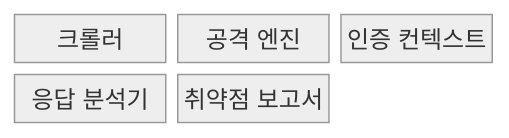
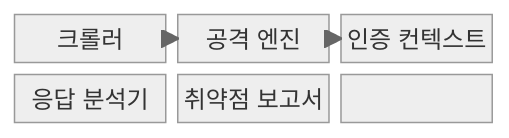
Before and after one commit to agnusdei1207/knowledge-base: the first of 2 diagrams in src/content/docs/notes/03-software/068_dynamic_application_security_testing.md, drawn with Mermaid (neutral theme). The commit also changed other lines of this file and 20 other files, not shown here.

````diff
--- a/src/content/docs/notes/03-software/068_dynamic_application_security_testing.md
+++ b/src/content/docs/notes/03-software/068_dynamic_application_security_testing.md
@@ -55,9 +63,12 @@
 ```mermaid
-block-beta
+block
   columns 3
   C["크롤러"]
   A["공격 엔진"]
   X["인증 컨텍스트"]
   O["응답 분석기"]
   R["취약점 보고서"]
+  C --> A
+  X --> A
+  A --> O --> R
 ```
````
